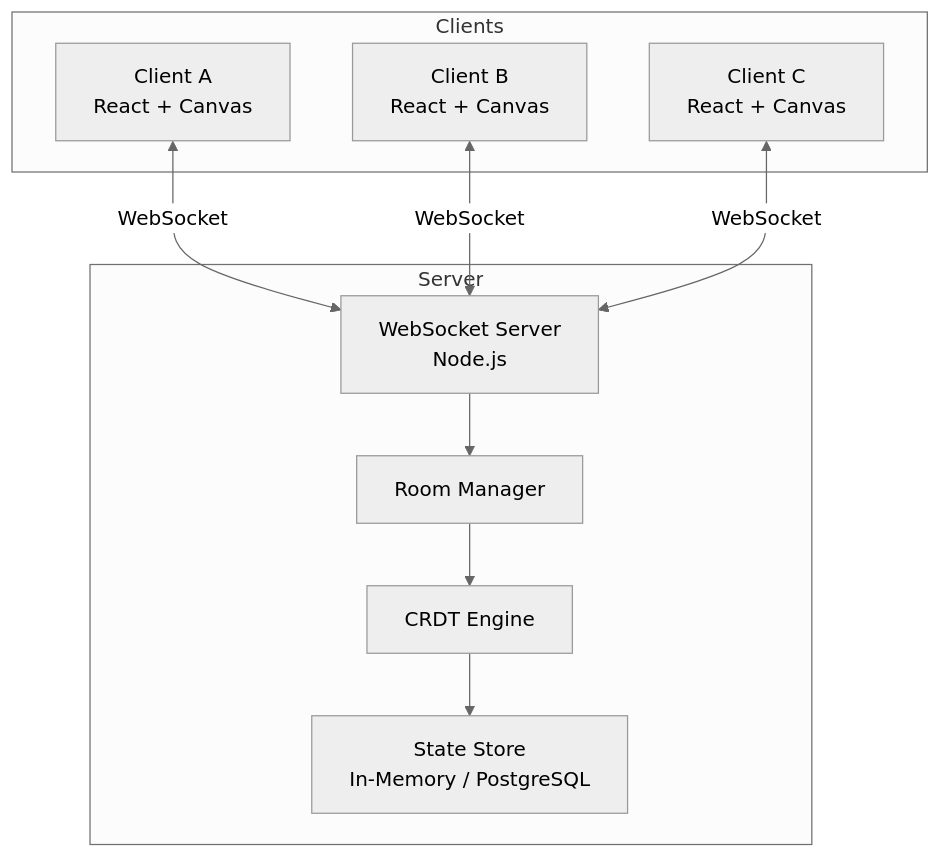
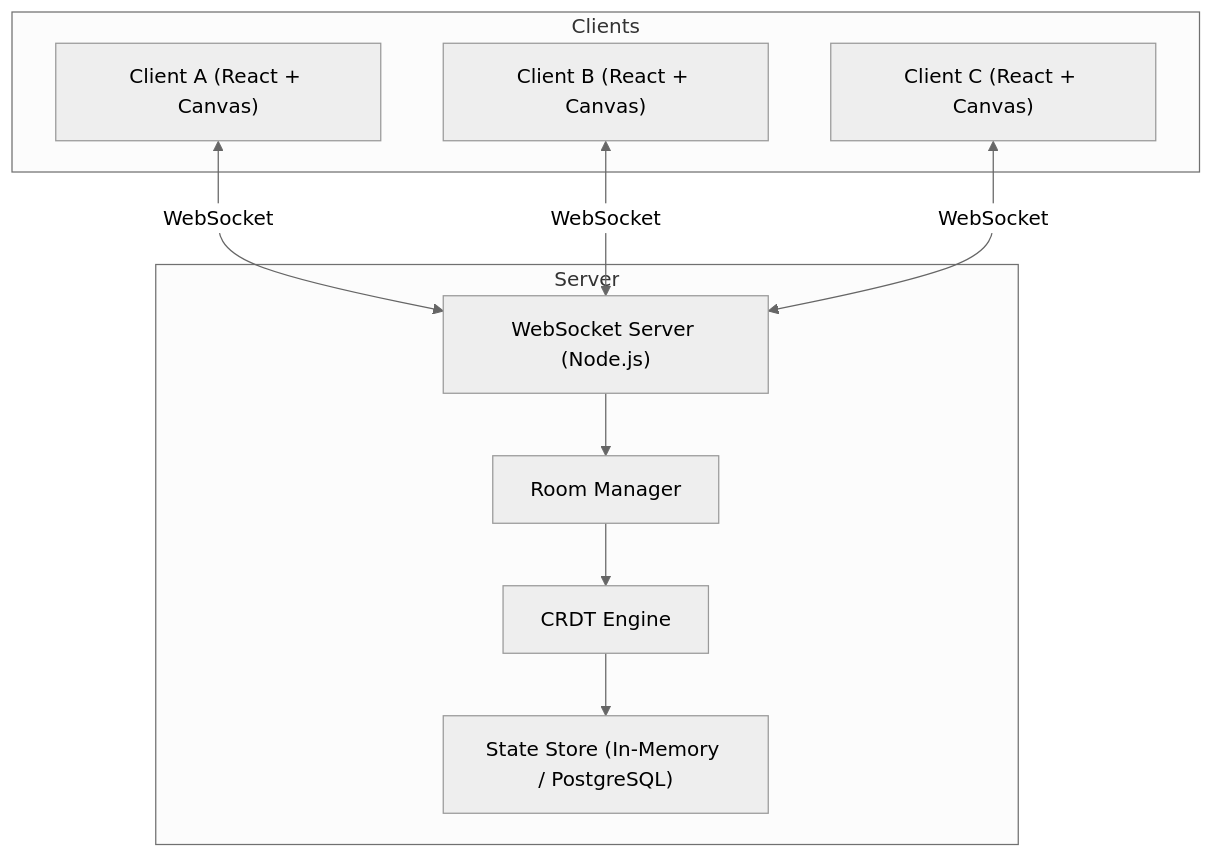
The first of 2 diagrams in ARCHITECTURE.md (Preeti0705/Collab-Whiteboard), drawn with Mermaid (neutral theme) before and after one commit. The commit also changed 2 other files, not shown here.

Commit message:
Fix mermaid diagrams for GitHub rendering

````diff
--- a/ARCHITECTURE.md
+++ b/ARCHITECTURE.md
@@ -5,22 +5,22 @@
 ```mermaid
 graph TB
     subgraph Clients
-        C1[Client A<br/>React + Canvas]
-        C2[Client B<br/>React + Canvas]
-        C3[Client C<br/>React + Canvas]
+        C1["Client A (React + Canvas)"]
+        C2["Client B (React + Canvas)"]
+        C3["Client C (React + Canvas)"]
     end
 
     subgraph Server
-        WS[WebSocket Server<br/>Node.js]
+        WS["WebSocket Server (Node.js)"]
         RM[Room Manager]
         CRDT[CRDT Engine]
-        STORE[State Store<br/>In-Memory / PostgreSQL]
+        STORE["State Store (In-Memory / PostgreSQL)"]
     end
 
     C1 <-->|WebSocket| WS
     C2 <-->|WebSocket| WS
     C3 <-->|WebSocket| WS
     WS --> RM
     RM --> CRDT
     CRDT --> STORE
 ```
````
